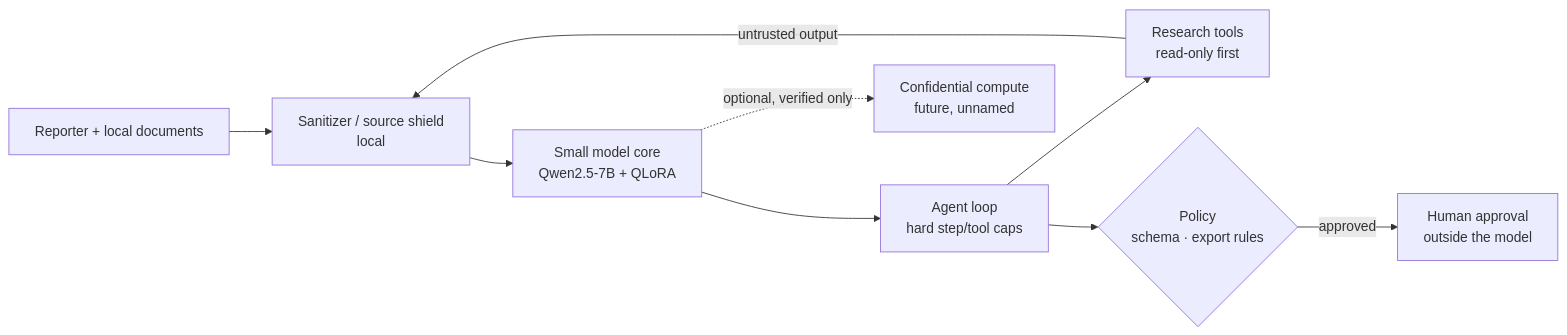
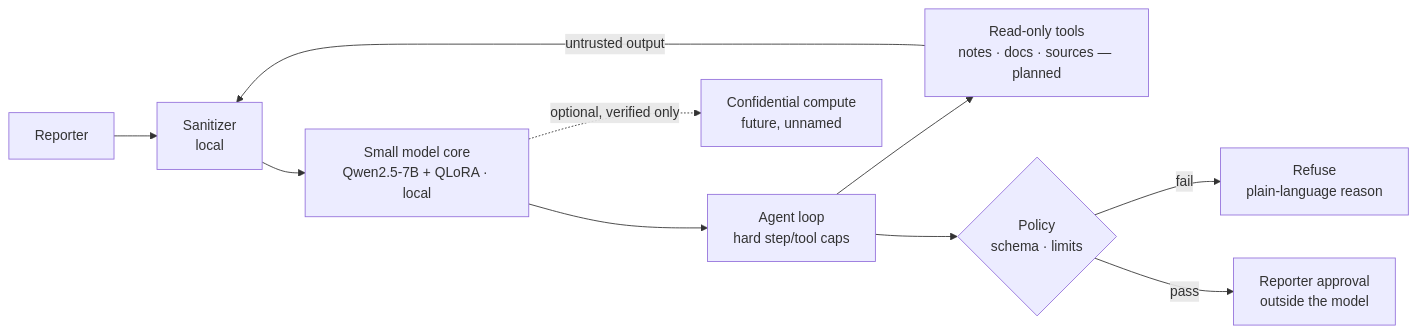
Before and after one commit to 9lordisgod/salomon: the diagram in ARCHITECTURE.md, drawn with Mermaid. The commit also changed other lines of this file and 3 other files, not shown here.

Commit message:
docs: Phase 3 claims discipline (STATUS/PROGRESS/README/ARCHITECTURE)

````diff
--- a/ARCHITECTURE.md
+++ b/ARCHITECTURE.md
@@ -6,11 +7,12 @@
 ```mermaid
 flowchart LR
-  U[Reporter + local documents] --> S[Sanitizer / source shield<br/>local]
-  S --> M[Small model core<br/>Qwen2.5-7B + QLoRA]
+  U[Reporter] --> S[Sanitizer<br/>local]
+  S --> M[Small model core<br/>Qwen2.5-7B + QLoRA · local]
   M --> A[Agent loop<br/>hard step/tool caps]
-  A --> T[Research tools<br/>read-only first]
+  A --> T[Read-only tools<br/>notes · docs · sources — planned]
   T -->|untrusted output| S
-  A --> P{Policy<br/>schema · export rules}
-  P -->|approved| H[Human approval<br/>outside the model]
+  A --> P{Policy<br/>schema · limits}
+  P -->|fail| R[Refuse<br/>plain-language reason]
+  P -->|pass| H[Reporter approval<br/>outside the model]
   M -.optional, verified only.-> C[Confidential compute<br/>future, unnamed]
 ```
````
